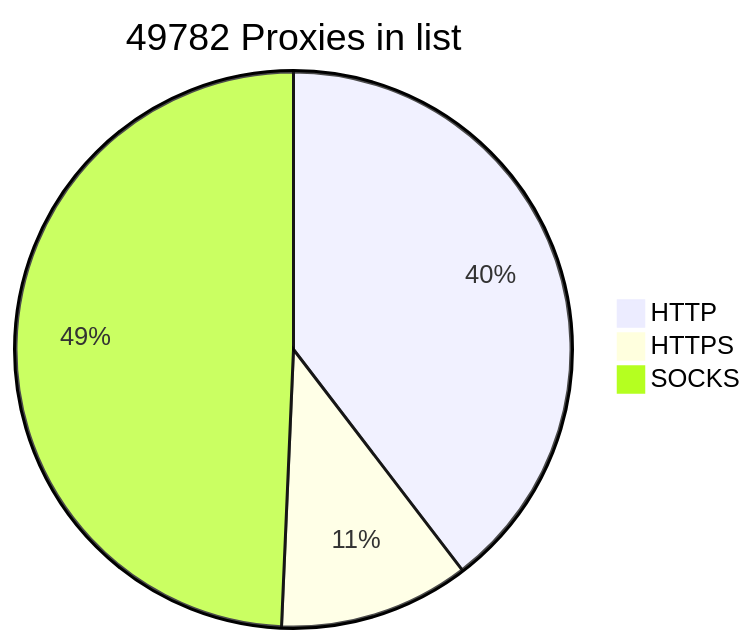
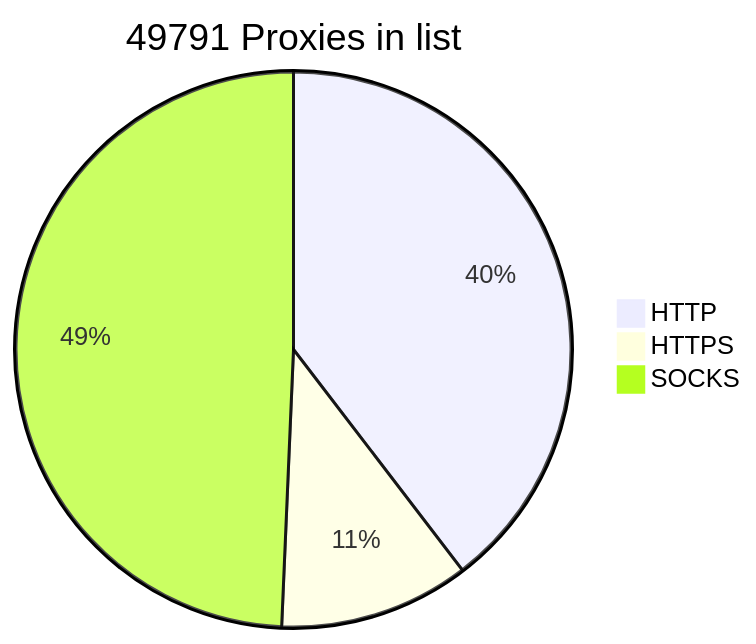
The diagram in README.md (BlackSnowDot/proxylist-update-every-minute), drawn with Mermaid before and after one commit.

````diff
--- a/README.md
+++ b/README.md
@@ -2,6 +2,6 @@
 ```mermaid
-pie title 49782 Proxies in list
+pie title 49791 Proxies in list
     "HTTP" : 21852
     "HTTPS": 6113
-    "SOCKS" : 27206
+    "SOCKS" : 27215
 ```
````
